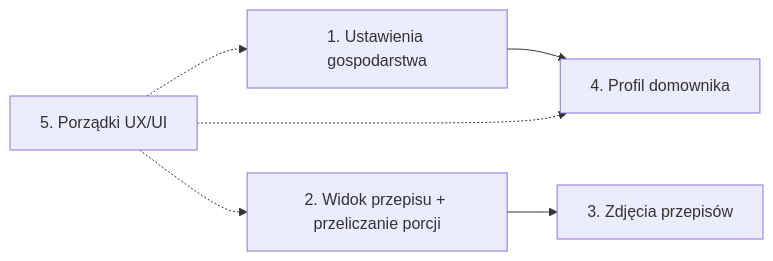
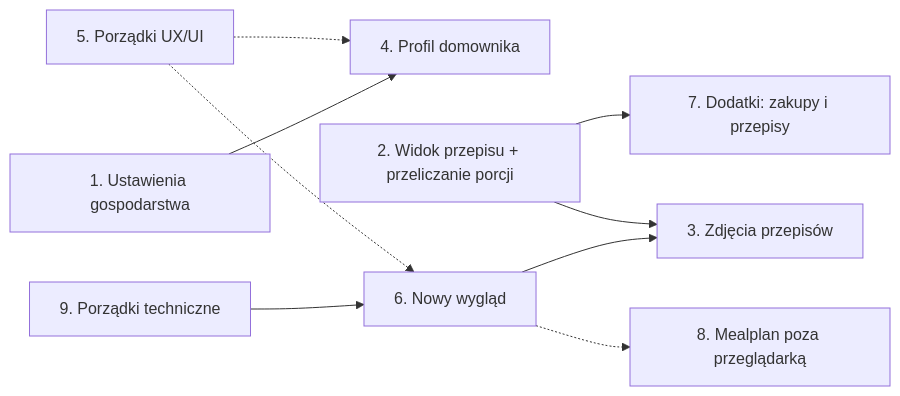
The diagram in docs/roadmap.md (MarcinCho/mealplan), drawn with Mermaid before and after one commit. The commit also changed other lines of this file, not shown here.

First line of the commit message:
docs: roadmap after the recipe view and the Domownik comparison

````diff
--- a/docs/roadmap.md
+++ b/docs/roadmap.md
@@ -5,8 +5,11 @@
 ```mermaid
 flowchart LR
     A[1. Ustawienia gospodarstwa] --> D[4. Profil domownika]
-    B[2. Widok przepisu + przeliczanie porcji] --> C[3. Zdjęcia przepisów]
-    E[5. Porządki UX/UI] -.-> A
-    E -.-> B
+    B[2. Widok przepisu + przeliczanie porcji] --> G[7. Dodatki: zakupy i przepisy]
+    T[9. Porządki techniczne] --> R[6. Nowy wygląd]
+    R --> C[3. Zdjęcia przepisów]
+    B --> C
+    R -.-> H[8. Mealplan poza przeglądarką]
+    E[5. Porządki UX/UI] -.-> R
     E -.-> D
 ```
````
